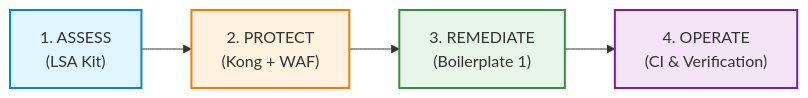
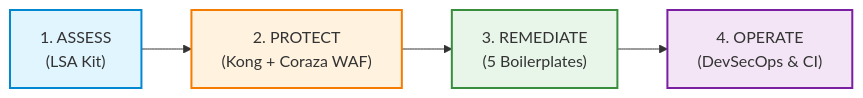
One commit to hoanghainh1188/komagu changed the diagram in README.md. Above: the diagram before and after it, drawn with Mermaid. The commit also changed other lines of this file and 3 other files, not shown here.

````diff
--- a/README.md
+++ b/README.md
@@ -118,11 +120,11 @@
 ```mermaid
 flowchart LR
-    A["1. ASSESS<br/>(LSA Kit)"] --> B["2. PROTECT<br/>(Kong + WAF)"]
-    B --> C["3. REMEDIATE<br/>(Boilerplate 1)"]
-    C --> D["4. OPERATE<br/>(CI & Verification)"]
+    A["1. ASSESS<br/>(LSA Kit)"] --> B["2. PROTECT<br/>(Kong + Coraza WAF)"]
+    B --> C["3. REMEDIATE<br/>(5 Boilerplates)"]
+    C --> D["4. OPERATE<br/>(DevSecOps & CI)"]
     
     style A fill:#e1f5fe,stroke:#0288d1,stroke-width:2px
     style B fill:#fff3e0,stroke:#f57c00,stroke-width:2px
     style C fill:#e8f5e9,stroke:#388e3c,stroke-width:2px
     style D fill:#f3e5f5,stroke:#7b1fa2,stroke-width:2px
 ```
````
